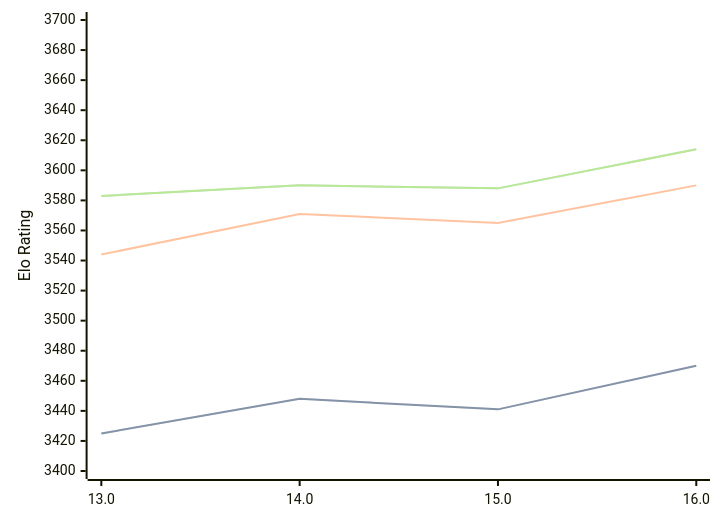
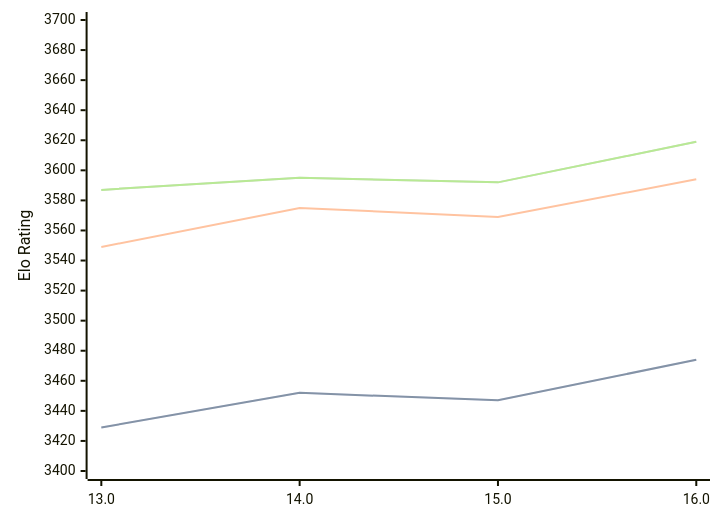
Before and after one commit to computer-chess-index/cci: the diagram in engines/Obsidian.md, drawn with Mermaid. The commit also changed other lines of this file, not shown here.

Commit message:
Update CCI Ratings (ELO VLTC) - 2026-04-18

````diff
--- a/engines/Obsidian.md
+++ b/engines/Obsidian.md
@@ -43,11 +43,11 @@
 ```mermaid
 %%{init: {"theme":"base","themeVariables":{"seriesColors:['#a3a3a3','#222221','#faa371']}}}%%
 xychart-beta
   x-axis ["13.0", "14.0", "15.0", "16.0"]
   y-axis "Elo Rating" 3400 --> 3700
-  line "STC (8.0+0.08s)" [3425, 3448, 3441, 3470]
-  line "STC (8.0+0.08s)" [3425, 3448, 3441, 3470]
-  line "LTC (60.0+0.60s)" [3544, 3571, 3565, 3590]
-  line "VLTC (2m24s+1.12s)" [3583, 3590, 3588, 3614]
-  line "VLTC (2m24s+1.12s)" [3583, 3590, 3588, 3614]
+  line "STC (8.0+0.08s)" [3429, 3452, 3447, 3474]
+  line "STC (8.0+0.08s)" [3429, 3452, 3447, 3474]
+  line "LTC (60.0+0.60s)" [3549, 3575, 3569, 3594]
+  line "VLTC (2m24s+1.12s)" [3587, 3595, 3592, 3619]
+  line "VLTC (2m24s+1.12s)" [3587, 3595, 3592, 3619]
 ```
````
